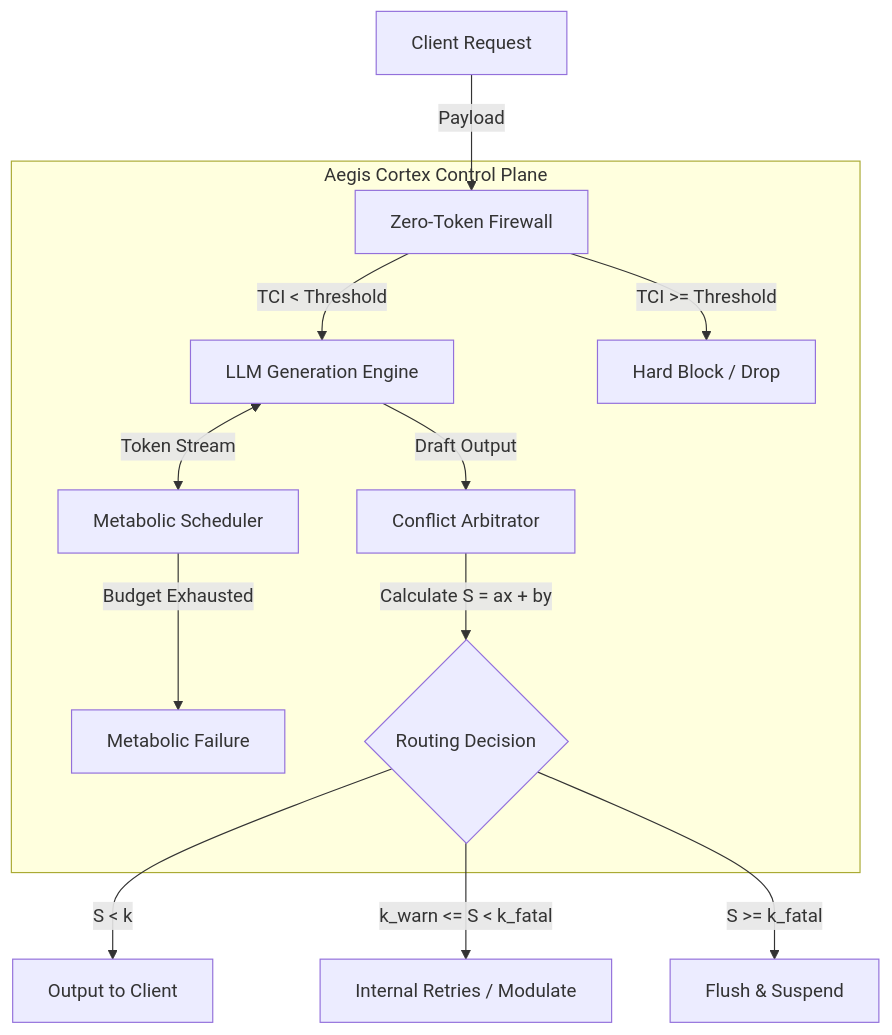
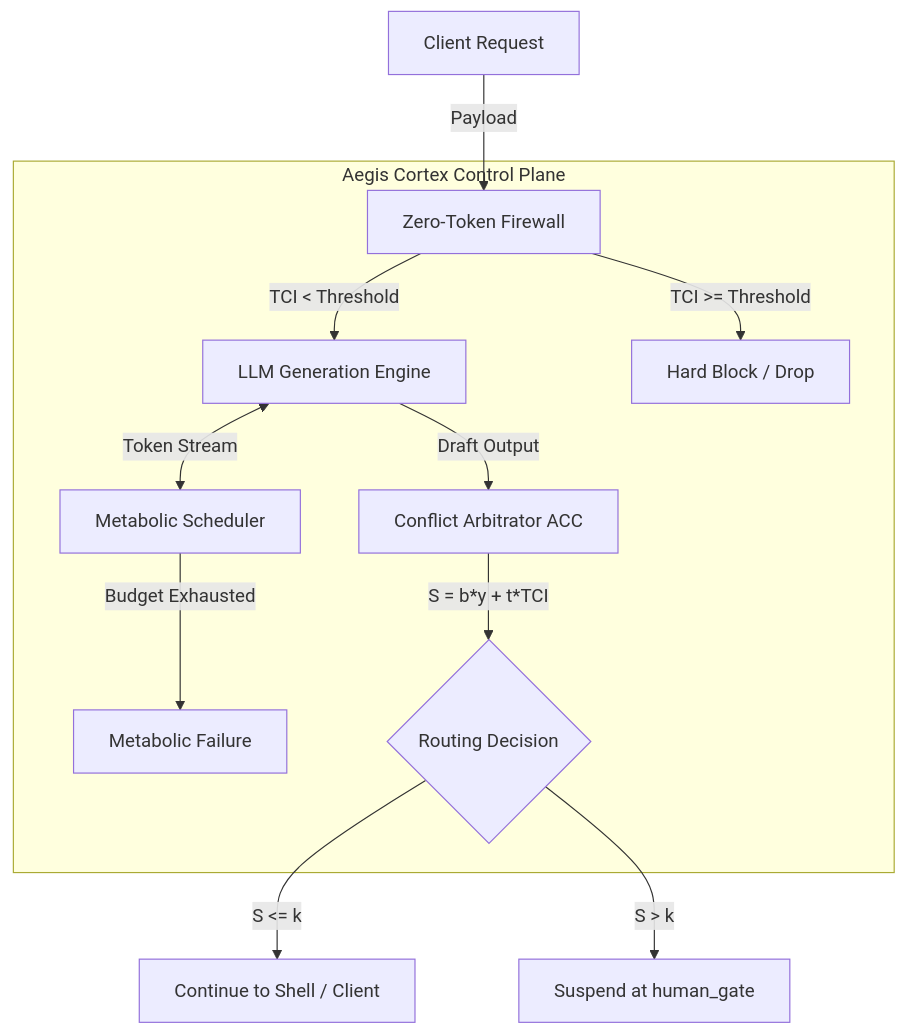
Before and after one commit to FilthyMudblood/aegis: the diagram in README.md, drawn with Mermaid. The commit also changed other lines of this file and 4 other files, not shown here.

````diff
--- a/README.md
+++ b/README.md
@@ -27,19 +27,18 @@
 ```mermaid
 graph TD
     Client[Client Request] -->|Payload| ZTF[Zero-Token Firewall]
     
     subgraph Aegis Cortex Control Plane
         ZTF -->|TCI < Threshold| LLM[LLM Generation Engine]
         ZTF -->|TCI >= Threshold| HardBlock[Hard Block / Drop]
         
         LLM <-->|Token Stream| MS[Metabolic Scheduler]
         MS -->|Budget Exhausted| Meltdown[Metabolic Failure]
         
-        LLM -->|Draft Output| CA[Conflict Arbitrator]
-        CA -->|Calculate S = ax + by| Router{Routing Decision}
+        LLM -->|Draft Output| CA[Conflict Arbitrator ACC]
+        CA -->|S = b*y + t*TCI| Router{Routing Decision}
     end
     
-    Router -->|S < k| Pass[Output to Client]
-    Router -->|k_warn <= S < k_fatal| Modulate[Internal Retries / Modulate]
-    Router -->|S >= k_fatal| Suspend[Flush & Suspend]
+    Router -->|S <= k| Pass[Continue to Shell / Client]
+    Router -->|S > k| Suspend[Suspend at human_gate]
 ```
````
